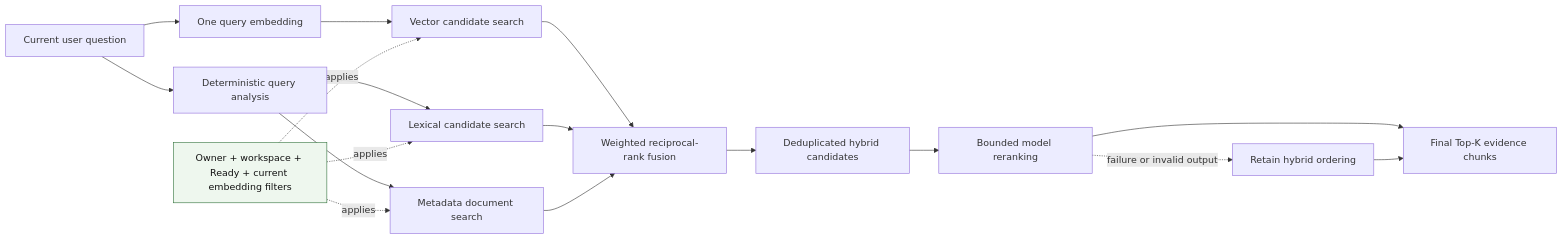
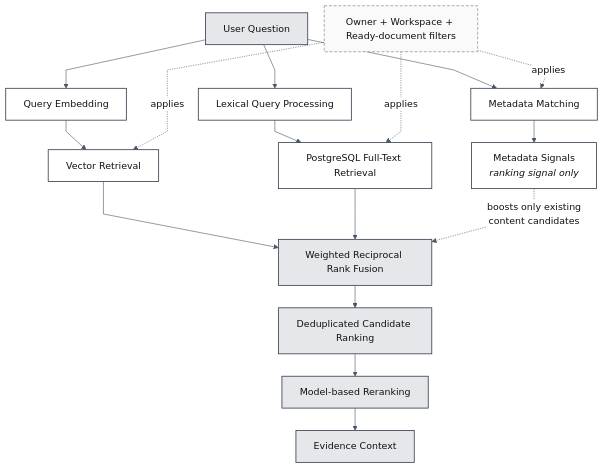
One commit to mirceas415/ai-document-assistant changed the diagram in docs/thesis/FACE_thesis_template/diagrams/DIA-07-hybrid-retrieval-pipeline.mmd. Above: the diagram before and after it, drawn with Mermaid. The commit also changed 25 other files, not shown here.

Commit message:
docs: render and integrate thesis diagrams

```diff
--- a/docs/thesis/FACE_thesis_template/diagrams/DIA-07-hybrid-retrieval-pipeline.mmd
+++ b/docs/thesis/FACE_thesis_template/diagrams/DIA-07-hybrid-retrieval-pipeline.mmd
@@ -1,19 +1,31 @@
-flowchart LR
-    Q[Current user question] --> A[Deterministic query analysis]
-    Q --> E[One query embedding]
-    E --> V[Vector candidate search]
-    A --> L[Lexical candidate search]
-    A --> M[Metadata document search]
-    V --> F[Weighted reciprocal-rank fusion]
-    L --> F
-    M --> F
-    F --> D[Deduplicated hybrid candidates]
-    D --> R[Bounded model reranking]
-    R --> K[Final Top-K evidence chunks]
-    R -. failure or invalid output .-> H[Retain hybrid ordering]
-    H --> K
+%%{init: {"theme":"base","themeVariables":{"fontFamily":"Arial, sans-serif","fontSize":"16px","primaryColor":"#f3f4f6","primaryTextColor":"#111111","primaryBorderColor":"#4b5563","lineColor":"#4b5563","secondaryColor":"#ffffff","tertiaryColor":"#e5e7eb","clusterBkg":"#fafafa","clusterBorder":"#6b7280"},"flowchart":{"curve":"linear","nodeSpacing":28,"rankSpacing":38,"htmlLabels":true}}}%%
+flowchart TB
+    Question[User Question]
 
-    B[Owner + workspace + Ready + current embedding filters]:::guard -. applies .-> V
-    B -. applies .-> L
-    B -. applies .-> M
-    classDef guard fill:#eef7ee,stroke:#31733b,color:#111;
+    Question --> QueryEmbedding[Query Embedding]
+    QueryEmbedding --> Vector[Vector Retrieval]
+
+    Question --> LexicalQuery[Lexical Query Processing]
+    LexicalQuery --> Lexical[PostgreSQL Full-Text Retrieval]
+
+    Question --> MetadataMatch[Metadata Matching]
+    MetadataMatch --> Metadata[Metadata Signals<br/><i>ranking signal only</i>]
+
+    Vector --> Fusion[Weighted Reciprocal Rank Fusion]
+    Lexical --> Fusion
+    Metadata -. boosts only existing<br/>content candidates .-> Fusion
+
+    Fusion --> Ranking[Deduplicated Candidate Ranking]
+    Ranking --> Rerank[Model-based Reranking]
+    Rerank --> Evidence[Evidence Context]
+
+    Guard[Owner + Workspace + Ready-document filters] -. applies .-> Vector
+    Guard -. applies .-> Lexical
+    Guard -. applies .-> MetadataMatch
+
+    classDef stage fill:#e5e7eb,stroke:#374151,stroke-width:1.4px,color:#111111;
+    classDef channel fill:#ffffff,stroke:#374151,stroke-width:1.4px,color:#111111;
+    classDef note fill:#fafafa,stroke:#6b7280,stroke-dasharray:5 3,color:#111111;
+    class Question,Fusion,Ranking,Rerank,Evidence stage;
+    class QueryEmbedding,Vector,LexicalQuery,Lexical,MetadataMatch,Metadata channel;
+    class Guard note;
```
